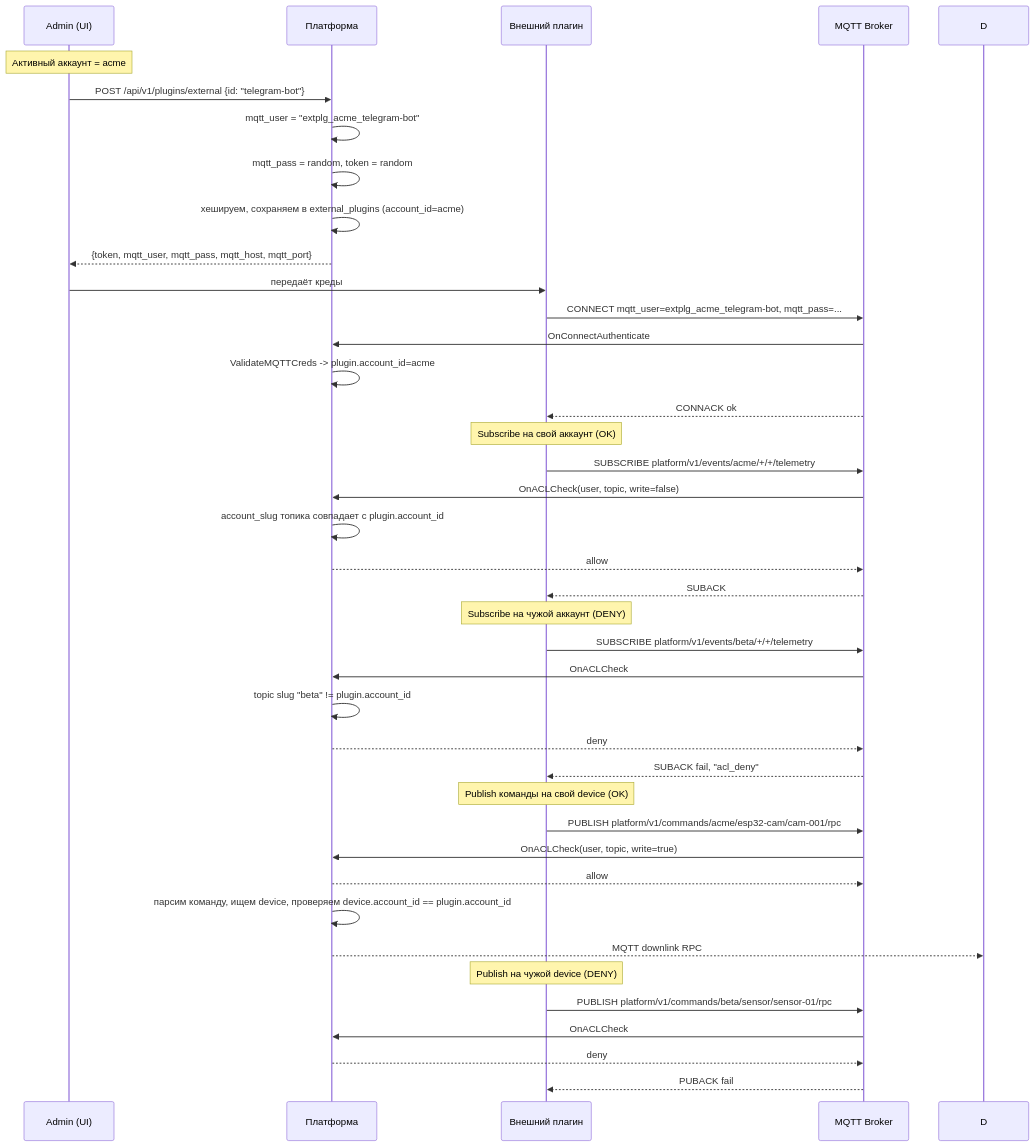
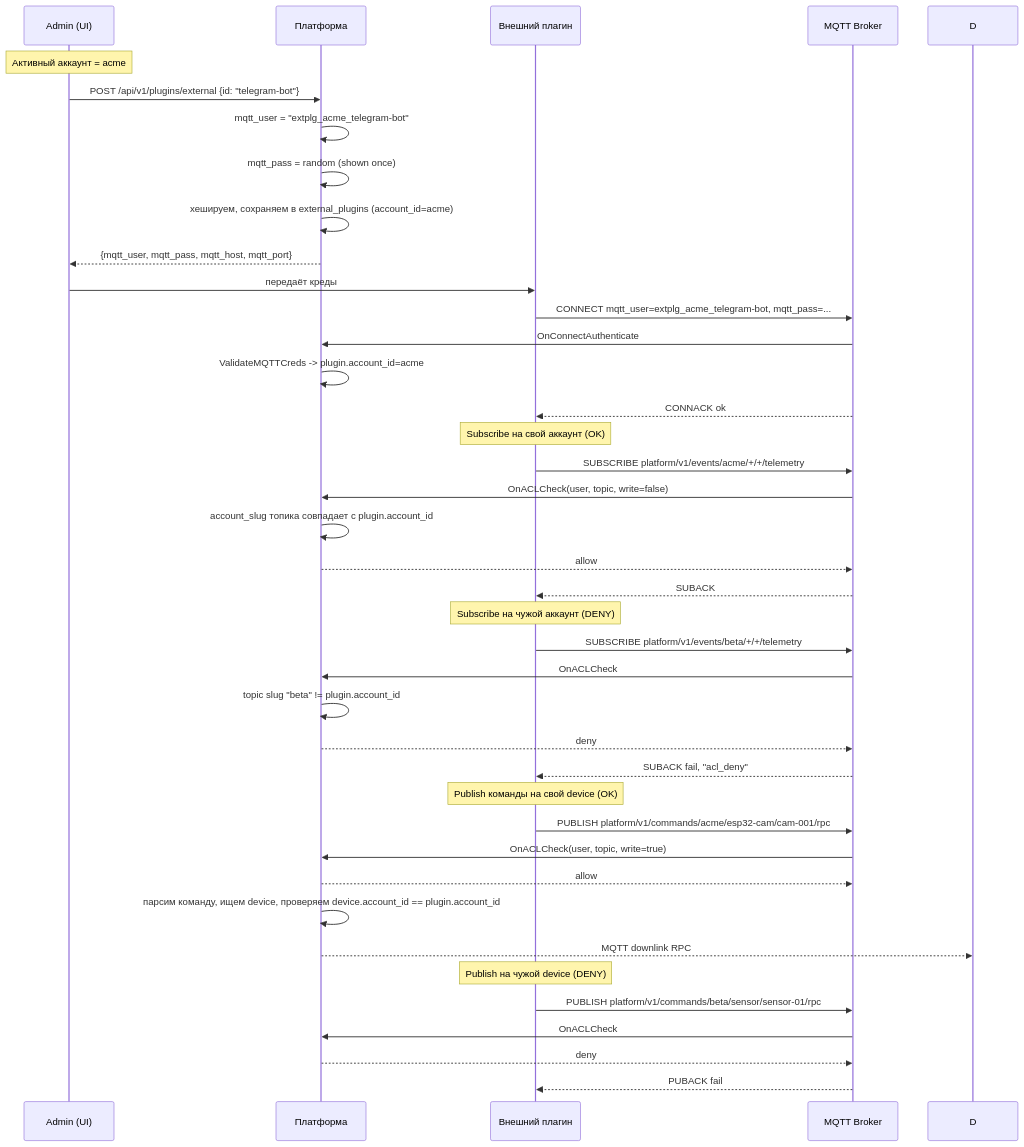
The third of 5 diagrams in docs/ru/16-multi-account.md (darvik80/iot-platform-go), drawn with Mermaid before and after one commit. The commit also changed other lines of this file and 81 other files, not shown here.

````diff
--- a/docs/ru/16-multi-account.md
+++ b/docs/ru/16-multi-account.md
@@ -334,47 +346,47 @@
 ```mermaid
 sequenceDiagram
     participant Adm as Admin (UI)
     participant P as Платформа
     participant Pl as Внешний плагин
     participant Br as MQTT Broker
 
     Note over Adm: Активный аккаунт = acme
     Adm->>P: POST /api/v1/plugins/external {id: "telegram-bot"}
     P->>P: mqtt_user = "extplg_acme_telegram-bot"
-    P->>P: mqtt_pass = random, token = random
+    P->>P: mqtt_pass = random (shown once)
     P->>P: хешируем, сохраняем в external_plugins (account_id=acme)
-    P-->>Adm: {token, mqtt_user, mqtt_pass, mqtt_host, mqtt_port}
+    P-->>Adm: {mqtt_user, mqtt_pass, mqtt_host, mqtt_port}
     Adm->>Pl: передаёт креды
 
     Pl->>Br: CONNECT mqtt_user=extplg_acme_telegram-bot, mqtt_pass=...
     Br->>P: OnConnectAuthenticate
     P->>P: ValidateMQTTCreds -> plugin.account_id=acme
     Br-->>Pl: CONNACK ok
 
     Note over Pl: Subscribe на свой аккаунт (OK)
     Pl->>Br: SUBSCRIBE platform/v1/events/acme/+/+/telemetry
     Br->>P: OnACLCheck(user, topic, write=false)
     P->>P: account_slug топика совпадает с plugin.account_id
     P-->>Br: allow
     Br-->>Pl: SUBACK
 
     Note over Pl: Subscribe на чужой аккаунт (DENY)
     Pl->>Br: SUBSCRIBE platform/v1/events/beta/+/+/telemetry
     Br->>P: OnACLCheck
     P->>P: topic slug "beta" != plugin.account_id
     P-->>Br: deny
     Br-->>Pl: SUBACK fail, "acl_deny"
 
     Note over Pl: Publish команды на свой device (OK)
     Pl->>Br: PUBLISH platform/v1/commands/acme/esp32-cam/cam-001/rpc
     Br->>P: OnACLCheck(user, topic, write=true)
     P-->>Br: allow
     P->>P: парсим команду, ищем device, проверяем device.account_id == plugin.account_id
     P-->>D: MQTT downlink RPC
 
     Note over Pl: Publish на чужой device (DENY)
     Pl->>Br: PUBLISH platform/v1/commands/beta/sensor/sensor-01/rpc
     Br->>P: OnACLCheck
     P-->>Br: deny
     Br-->>Pl: PUBACK fail
 ```
````
